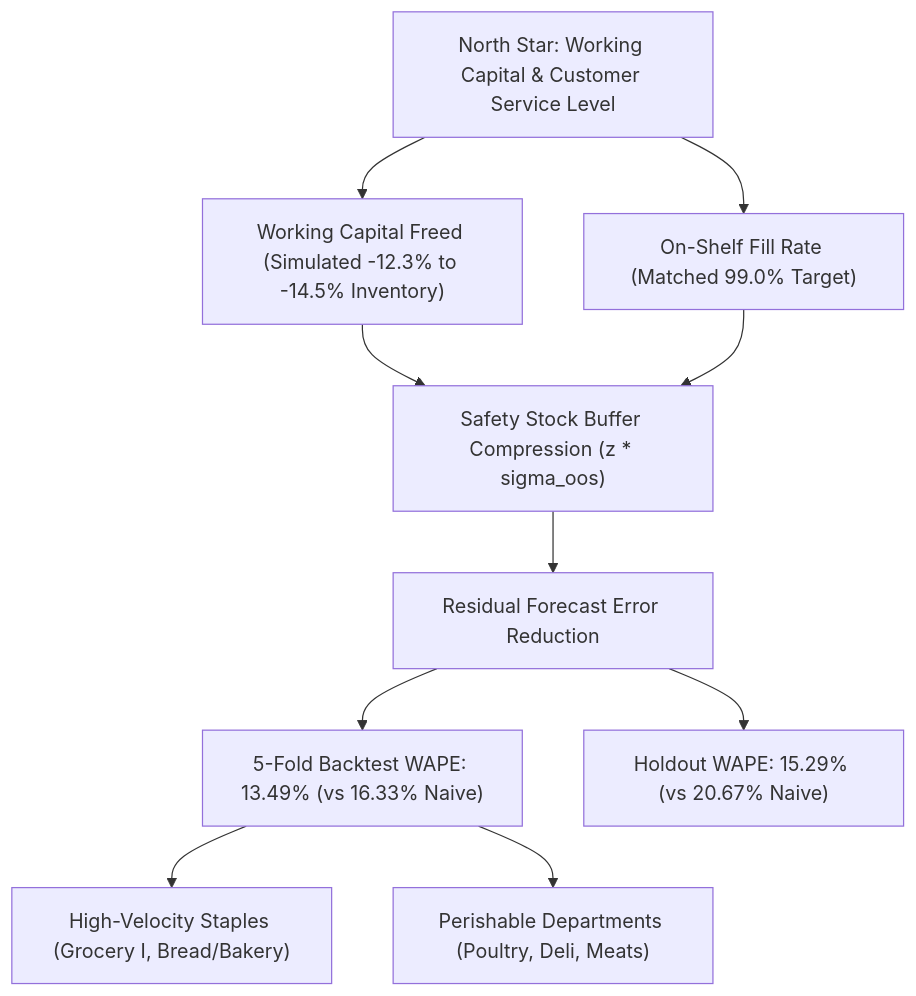
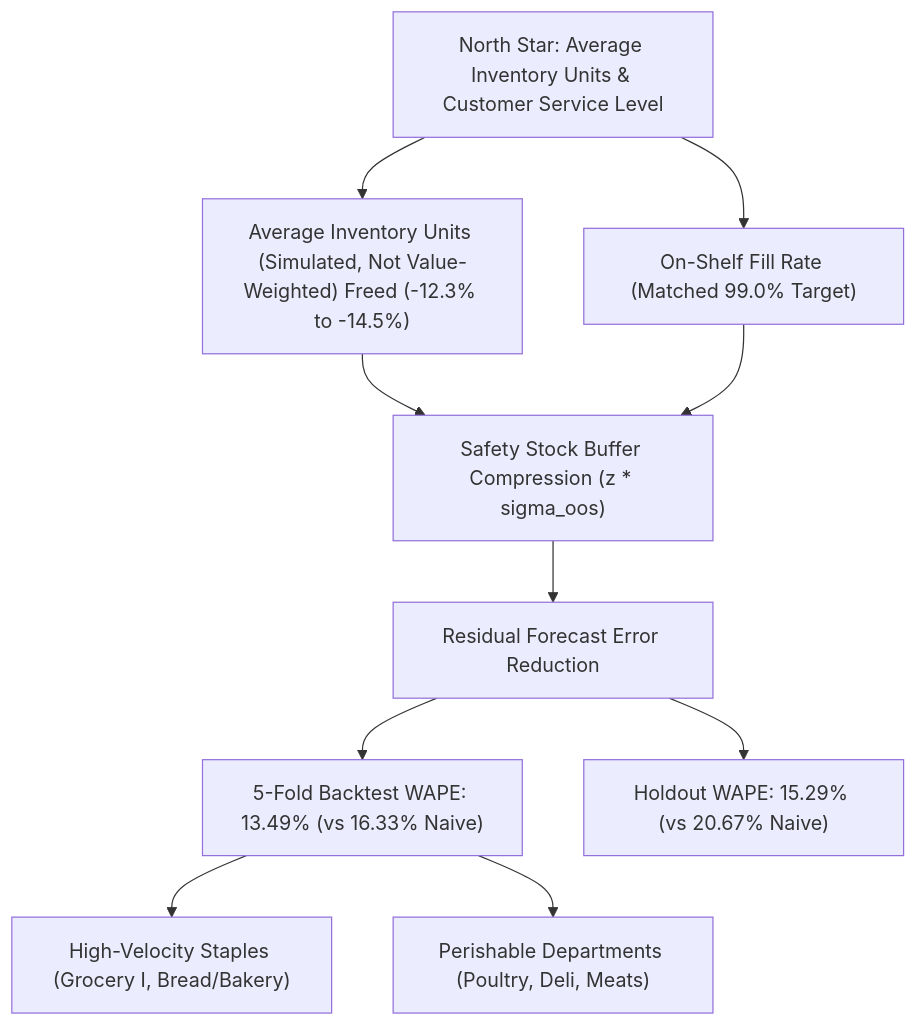
Before and after one commit to lazycoder52/grocery-demand-planner: the diagram in docs/PRODUCT_BRIEF.md, drawn with Mermaid. The commit also changed other lines of this file and 1 other file, not shown here.

````diff
--- a/docs/PRODUCT_BRIEF.md
+++ b/docs/PRODUCT_BRIEF.md
@@ -44,12 +44,12 @@
 ```mermaid
 graph TD
-    A["North Star: Working Capital & Customer Service Level"] --> B["Working Capital Freed (Simulated -12.3% to -14.5% Inventory)"]
+    A["North Star: Average Inventory Units & Customer Service Level"] --> B["Average Inventory Units (Simulated, Not Value-Weighted) Freed (-12.3% to -14.5%)"]
     A --> C["On-Shelf Fill Rate (Matched 99.0% Target)"]
     B --> D["Safety Stock Buffer Compression (z * sigma_oos)"]
     C --> D
     D --> E["Residual Forecast Error Reduction"]
     E --> F["5-Fold Backtest WAPE: 13.49% (vs 16.33% Naive)"]
     E --> G["Holdout WAPE: 15.29% (vs 20.67% Naive)"]
     F --> H["High-Velocity Staples (Grocery I, Bread/Bakery)"]
     F --> I["Perishable Departments (Poultry, Deli, Meats)"]
 ```
````
